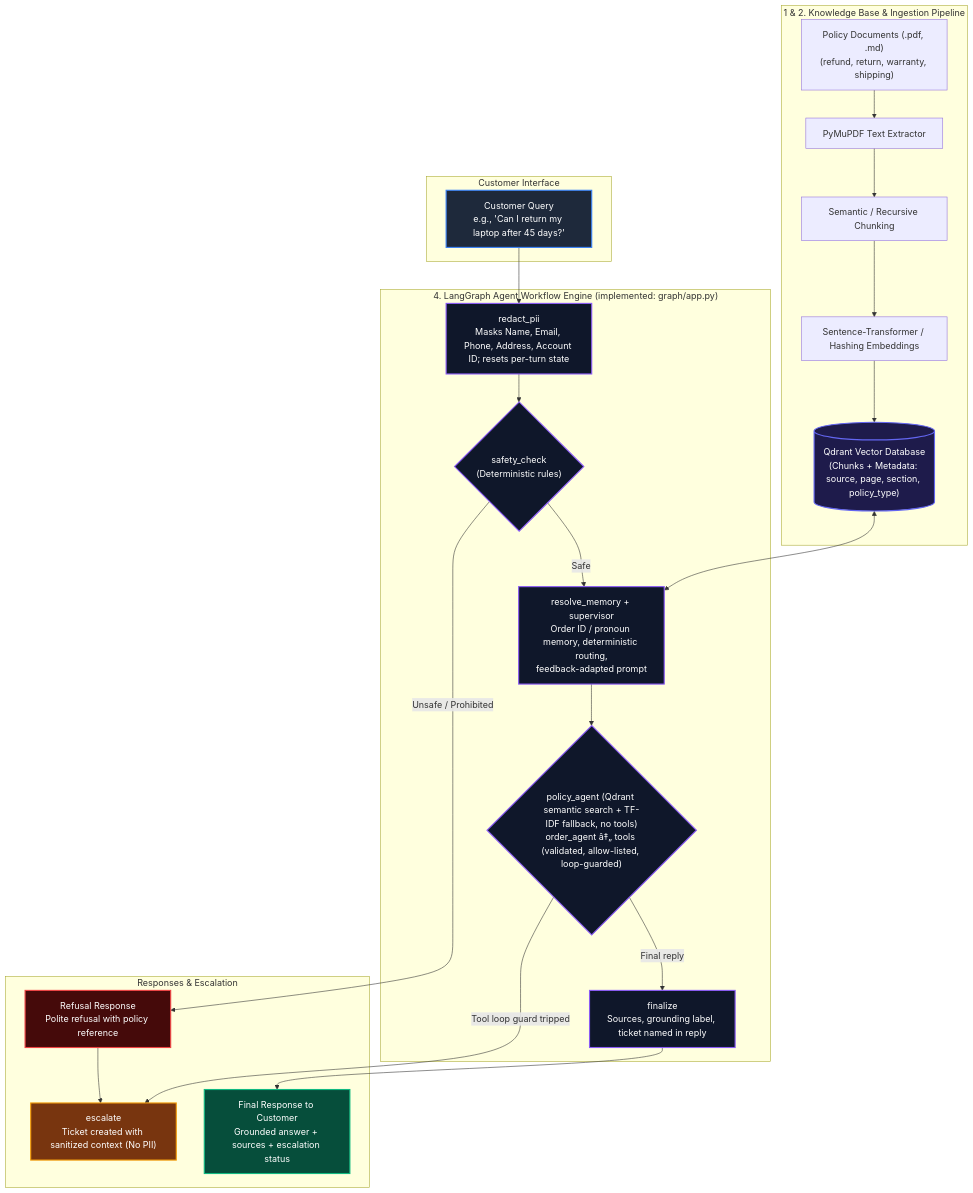
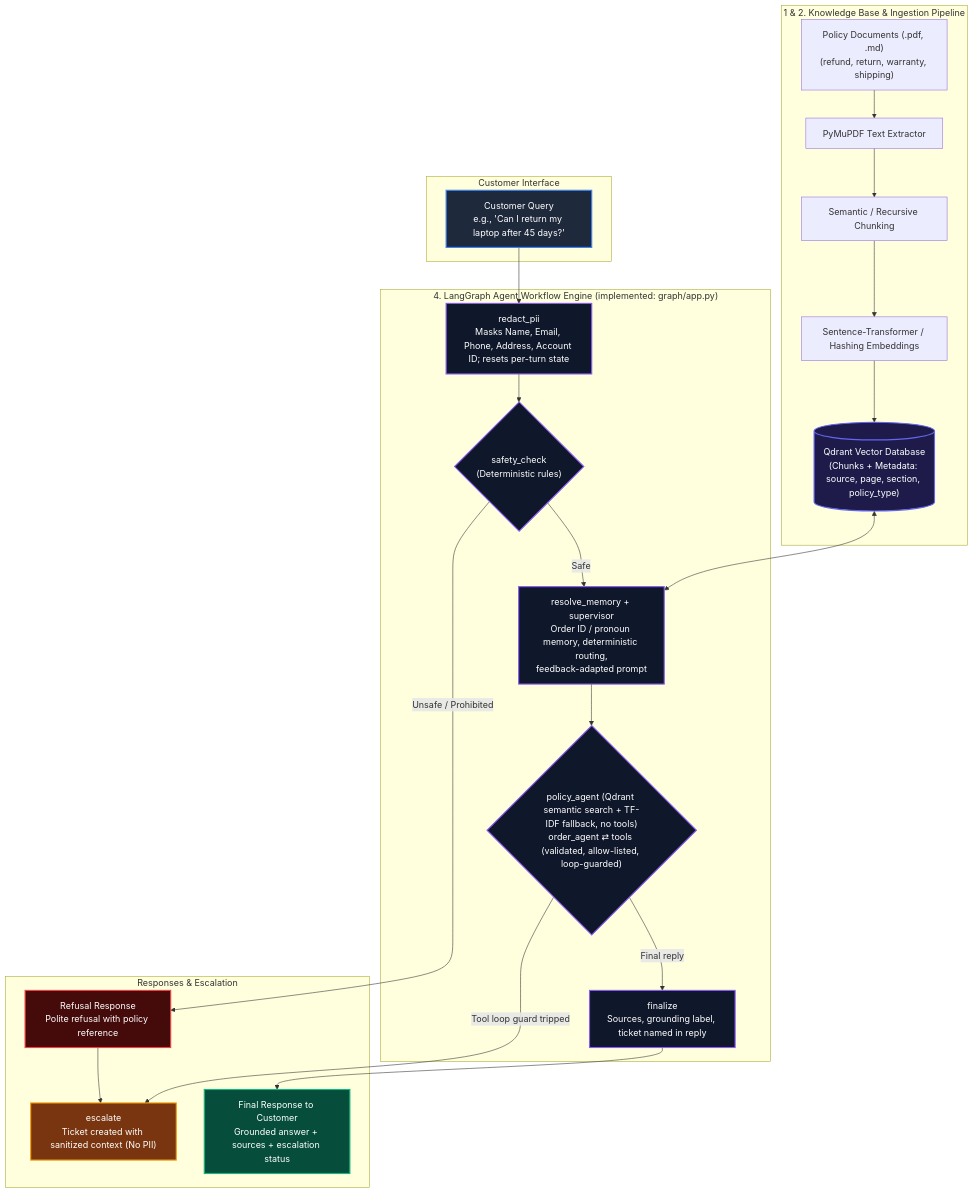
One commit to Ramki2018/CustomerSupportAgent changed the first of 2 diagrams in CustomerSupportAgent/docs/architecture_blueprint.md. Above: the diagram before and after it, drawn with Mermaid. The commit also changed other lines of this file and 26 other files, not shown here.

````diff
--- a/CustomerSupportAgent/docs/architecture_blueprint.md
+++ b/CustomerSupportAgent/docs/architecture_blueprint.md
@@ -33,49 +33,49 @@
 ```mermaid
 flowchart TD
     %% Styling
     classDef inputStyle fill:#1e293b,stroke:#3b82f6,stroke-width:2px,color:#fff;
     classDef graphNode fill:#0f172a,stroke:#8b5cf6,stroke-width:2px,color:#fff;
     classDef safetyNode fill:#450a0a,stroke:#ef4444,stroke-width:2px,color:#fff;
     classDef dbStyle fill:#1e1b4b,stroke:#6366f1,stroke-width:2px,color:#fff;
     classDef successNode fill:#064e3b,stroke:#10b981,stroke-width:2px,color:#fff;
     classDef escNode fill:#78350f,stroke:#f59e0b,stroke-width:2px,color:#fff;
 
     subgraph Document_Ingestion ["1 & 2. Knowledge Base & Ingestion Pipeline"]
         PDFs["Policy Documents (.pdf, .md)\n(refund, return, warranty, shipping)"] --> PyMuPDF["PyMuPDF Text Extractor"]
         PyMuPDF --> Chunking["Semantic / Recursive Chunking"]
         Chunking --> Embed["Sentence-Transformer / Hashing Embeddings"]
         Embed --> Qdrant[("Qdrant Vector Database\n(Chunks + Metadata: source, page, section, policy_type)")]
     end
 
     subgraph User_Input ["Customer Interface"]
         UserQuery["Customer Query\ne.g., 'Can I return my laptop after 45 days?'"]:::inputStyle
     end
 
     subgraph LangGraph_Workflow ["4. LangGraph Agent Workflow Engine (implemented: graph/app.py)"]
         Node1["redact_pii\nMasks Name, Email, Phone, Address, Account ID; resets per-turn state"]:::graphNode
         Node2{"safety_check\n(Deterministic rules)"}:::graphNode
         Node3["resolve_memory + supervisor\nOrder ID / pronoun memory, deterministic routing,\nfeedback-adapted prompt"]:::graphNode
-        Node4{"policy_agent (Qdrant semantic search + TF-IDF fallback, no tools)\norder_agent â‡„ tools (validated, allow-listed, loop-guarded)"}:::graphNode
+        Node4{"policy_agent (Qdrant semantic search + TF-IDF fallback, no tools)\norder_agent ⇄ tools (validated, allow-listed, loop-guarded)"}:::graphNode
         Node5["finalize\nSources, grounding label, ticket named in reply"]:::graphNode
     end
 
     subgraph Outputs ["Responses & Escalation"]
         RefusalReply["Refusal Response\nPolite refusal with policy reference"]:::safetyNode
         Escalation["escalate\nTicket created with sanitized context (No PII)"]:::escNode
         FinalAnswer["Final Response to Customer\nGrounded answer + sources + escalation status"]:::successNode
     end
 
     %% Workflow Connections
     UserQuery --> Node1
     Node1 --> Node2
     Node2 -- Unsafe / Prohibited --> RefusalReply
     RefusalReply --> Escalation
     Node2 -- Safe --> Node3
     Qdrant <--> Node3
     Node3 --> Node4
     Node4 -- Tool loop guard tripped --> Escalation
     Node4 -- Final reply --> Node5
     Node5 --> FinalAnswer
 
     class Qdrant dbStyle;
 ```
````
